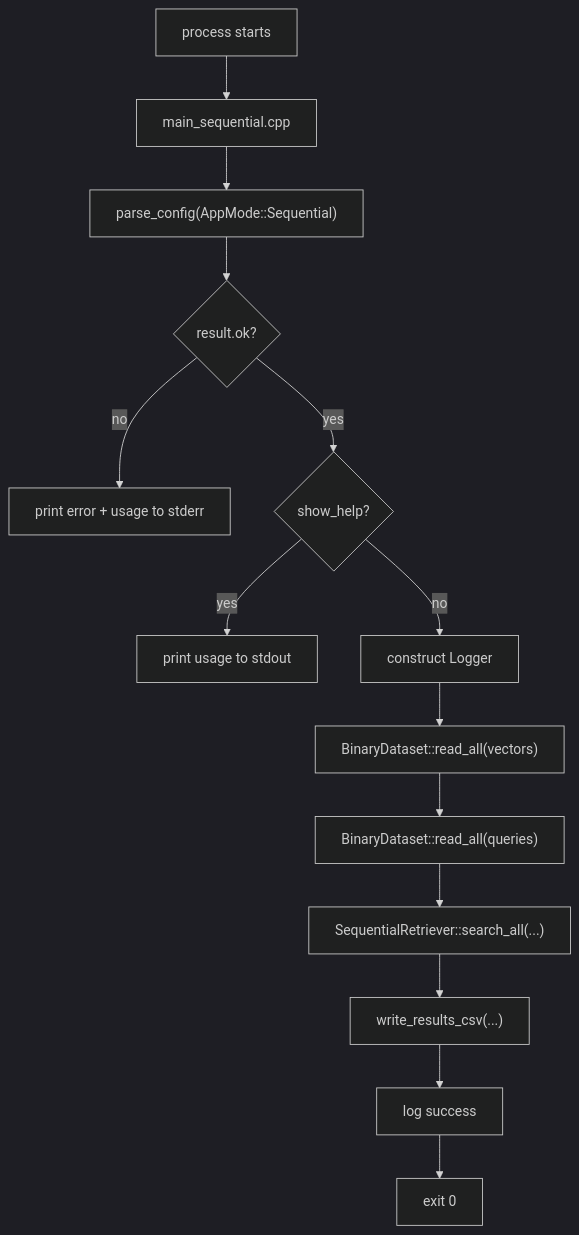
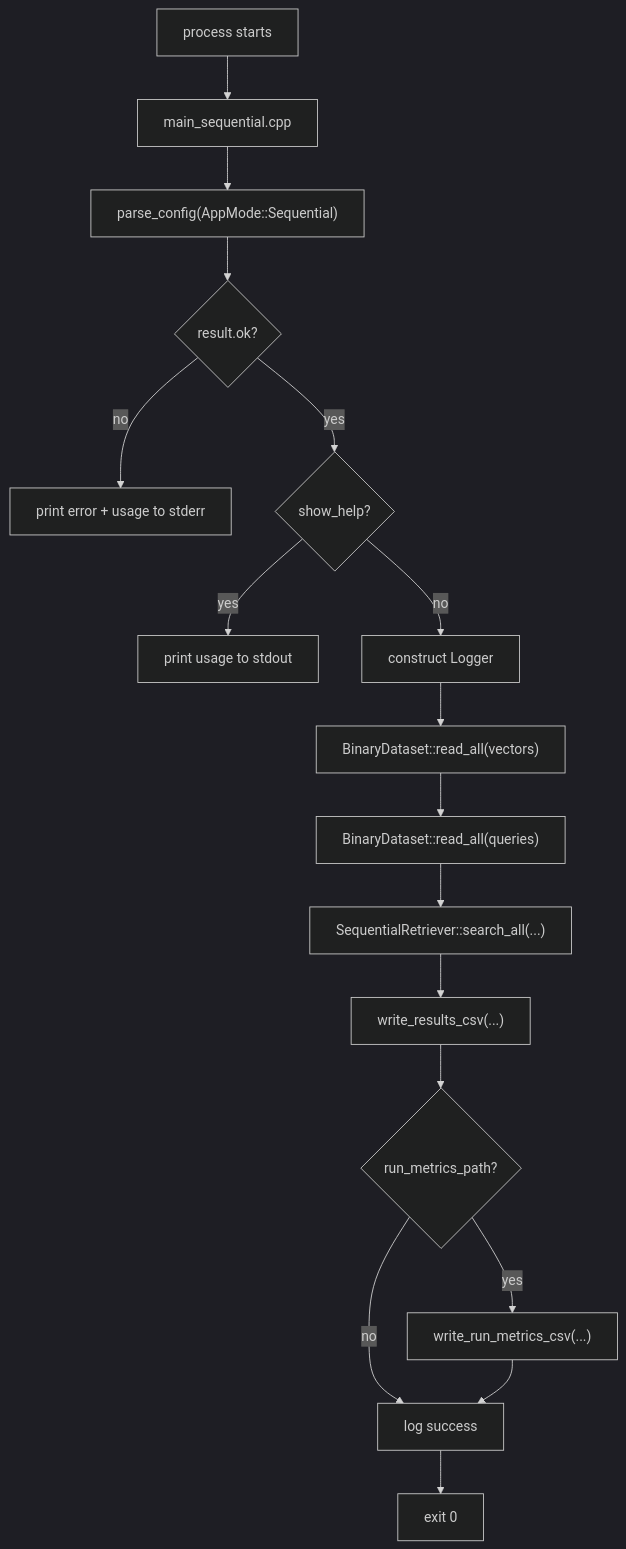
The second of 4 diagrams in docs/development/source_guide.md (biabeogo147/Parallel-Retrieval-Engine-for-RAG), drawn with Mermaid (dark theme) before and after one commit. The commit also changed other lines of this file and 46 other files, not shown here.

````diff
--- a/docs/development/source_guide.md
+++ b/docs/development/source_guide.md
@@ -143,16 +183,19 @@
 ```mermaid
 flowchart TD
     A["process starts"] --> B["main_sequential.cpp"]
     B --> C["parse_config(AppMode::Sequential)"]
     C --> D{"result.ok?"}
     D -- "no" --> E["print error + usage to stderr"]
     D -- "yes" --> F{"show_help?"}
     F -- "yes" --> G["print usage to stdout"]
     F -- "no" --> H["construct Logger"]
     H --> I["BinaryDataset::read_all(vectors)"]
     I --> J["BinaryDataset::read_all(queries)"]
     J --> K["SequentialRetriever::search_all(...)"]
     K --> L["write_results_csv(...)"]
-    L --> M["log success"]
-    M --> N["exit 0"]
+    L --> M{"run_metrics_path?"}
+    M -- "yes" --> N["write_run_metrics_csv(...)"]
+    M -- "no" --> O["log success"]
+    N --> O
+    O --> P["exit 0"]
 ```
````
